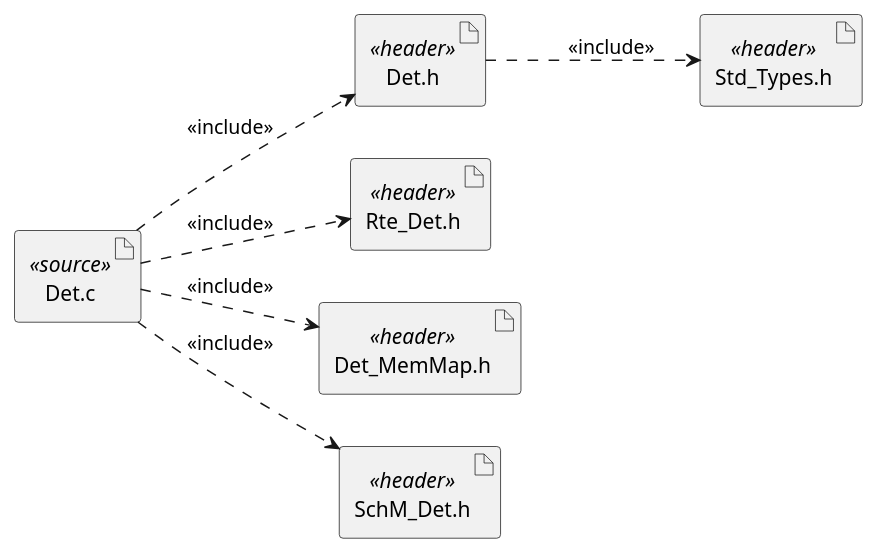
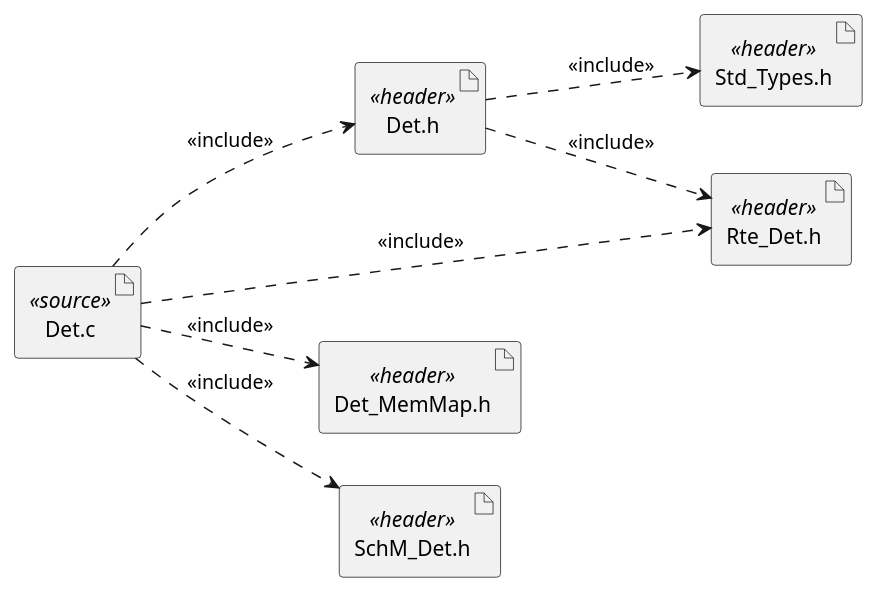
One commit to cimplart/restuml2code changed the second of 4 diagrams in tests/types-functions/input.rst. Above: the diagram before and after it, drawn with PlantUML. The commit also changed other lines of this file and 3 other files, not shown here.

```diff
--- a/tests/types-functions/input.rst
+++ b/tests/types-functions/input.rst
@@ -24,16 +24,17 @@
 .. uml::
 
     left to right direction
 
     artifact Std_Types.h <<header>>
     artifact Det.h <<header>>
     artifact Det.c <<source>>
     artifact Rte_Det.h <<header>>
     artifact Det_MemMap.h <<header>>
     artifact SchM_Det.h <<header>>
 
-    Det.h ..> Std_Types.h: <<include>>
-    Det.c ..> Det.h: <<include>>
-    Det.c ..> Det_MemMap.h: <<include>>
-    Det.c ..> SchM_Det.h: <<include>>
-    Det.c ..> Rte_Det.h: <<include>>
+    Det.h ..> Std_Types.h : <<include>>
+    Det.c ..> Det.h : <<include>>
+    Det.c ..> Det_MemMap.h : <<include>>
+    Det.c ..> SchM_Det.h : <<include>>
+    Det.c ..> Rte_Det.h : <<include>>
+    Det.h ..> Rte_Det.h : <<include>>
```
